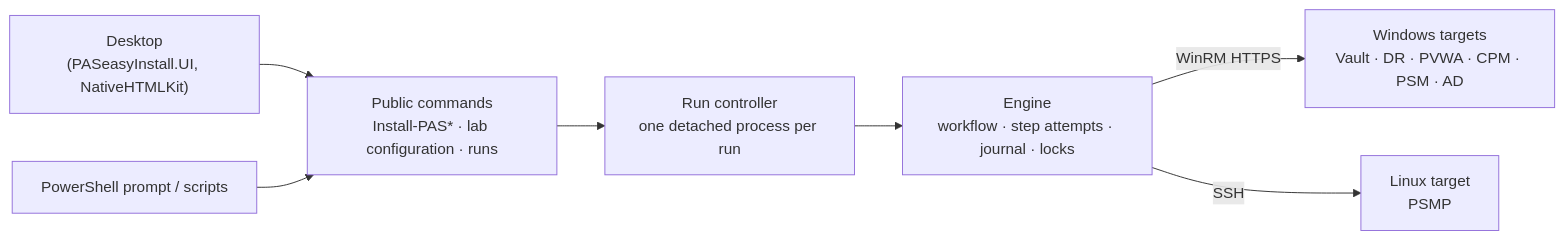
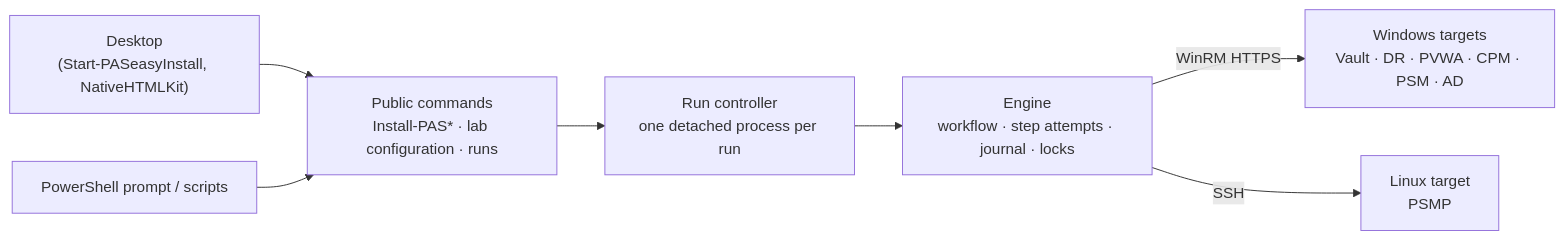
The diagram in site-src/concepts/architecture.md (bigbatmanorg/PASeasyInstall), drawn with Mermaid before and after one commit. The commit also changed other lines of this file and 37 other files, not shown here.

First line of the commit message:
One module: the desktop window is part of PASeasyInstall (2.0.1)

````diff
--- a/site-src/concepts/architecture.md
+++ b/site-src/concepts/architecture.md
@@ -3,9 +3,9 @@
 ```mermaid
 flowchart LR
-  UI["Desktop<br/>(PASeasyInstall.UI, NativeHTMLKit)"] --> PUB["Public commands<br/>Install-PAS* · lab configuration · runs"]
+  UI["Desktop<br/>(Start-PASeasyInstall, NativeHTMLKit)"] --> PUB["Public commands<br/>Install-PAS* · lab configuration · runs"]
   CLI["PowerShell prompt / scripts"] --> PUB
   PUB --> RUN["Run controller<br/>one detached process per run"]
   RUN --> ENG["Engine<br/>workflow · step attempts · journal · locks"]
   ENG -->|WinRM HTTPS| WIN["Windows targets<br/>Vault · DR · PVWA · CPM · PSM · AD"]
   ENG -->|SSH| LNX["Linux target<br/>PSMP"]
 ```
````
